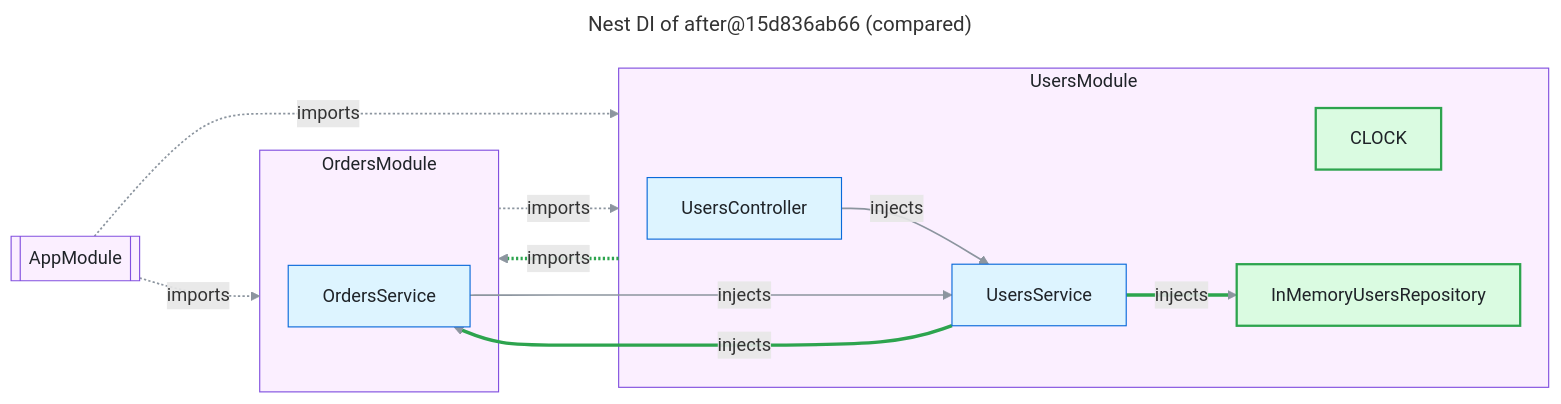
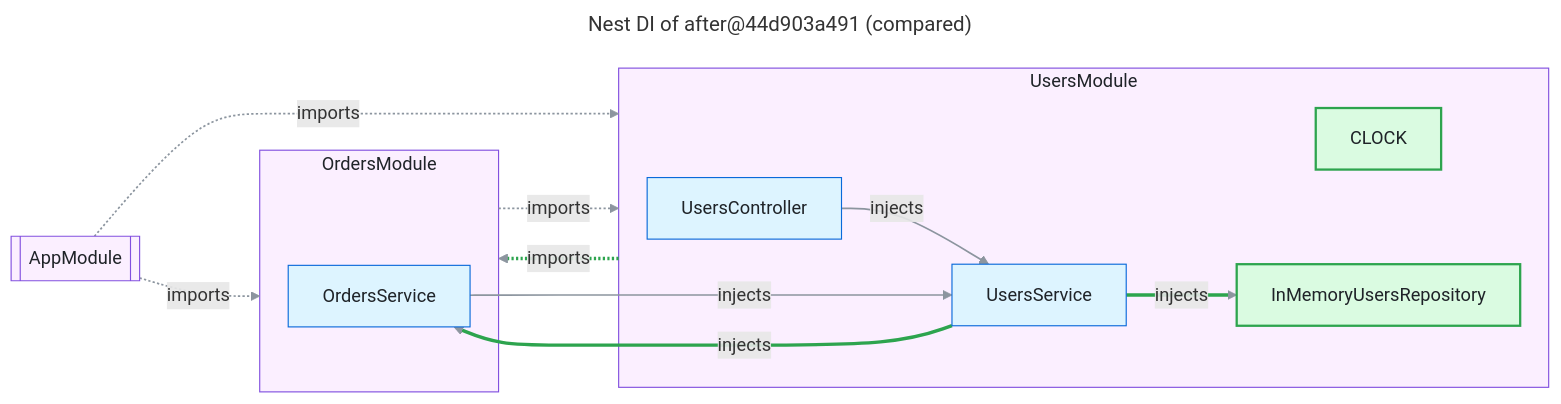
One commit to FullFran/archsieve changed the diagram in examples/nest-shop/nest-compare.mmd. Above: the diagram before and after it, drawn with Mermaid. The commit also changed 6 other files, not shown here.

```diff
--- a/examples/nest-shop/nest-compare.mmd
+++ b/examples/nest-shop/nest-compare.mmd
@@ -1,35 +1,38 @@
 ---
-title: "Nest DI of after@15d836ab66 (compared)"
+title: "Nest DI of after@44d903a491 (compared)"
 ---
 flowchart LR
   n1[["AppModule"]]:::module
   subgraph n2["OrdersModule"]
     n4["OrdersService"]:::code
   end
   style n2 fill:#fbefff,stroke:#8250df,color:#1f2328
   subgraph n3["UsersModule"]
     n0["UsersController"]:::code
     n5["CLOCK"]:::added
     n6["InMemoryUsersRepository"]:::added
     n7["UsersService"]:::code
   end
   style n3 fill:#fbefff,stroke:#8250df,color:#1f2328
   n0 -->|"injects"| n7
   n1 -.->|"imports"| n2
   n1 -.->|"imports"| n3
   n2 -.->|"imports"| n3
   n3 -.->|"imports"| n2
   n4 -->|"injects"| n7
   n7 -->|"injects"| n4
   n7 -->|"injects"| n6
   linkStyle default stroke:#8c959f,stroke-width:1.5px
   linkStyle 4 stroke:#2da44e,stroke-width:3px
   linkStyle 6 stroke:#2da44e,stroke-width:3px
   linkStyle 7 stroke:#2da44e,stroke-width:3px
   classDef code fill:#ddf4ff,stroke:#0969da,color:#1f2328
   classDef external fill:#fff8c5,stroke:#9a6700,color:#1f2328
   classDef module fill:#fbefff,stroke:#8250df,color:#1f2328
   classDef added fill:#dafbe1,stroke:#2da44e,stroke-width:2px,color:#1f2328
   classDef removed fill:#ffebe9,stroke:#cf222e,stroke-dasharray:4 3,color:#1f2328
   classDef boundary fill:#f6f8fa,stroke:#57606a,stroke-dasharray:6 4,color:#1f2328
+  classDef container fill:#ddf4ff,stroke:#0969da,stroke-width:2px,color:#1f2328
+  classDef unverified fill:#ffffff,stroke:#0969da,stroke-width:2px,stroke-dasharray:5 3,color:#1f2328
+  classDef undeclared fill:#fff1e5,stroke:#bc4c00,stroke-width:2px,color:#1f2328
   classDef focus fill:#ddf4ff,stroke:#0969da,stroke-width:4px,color:#1f2328
```
